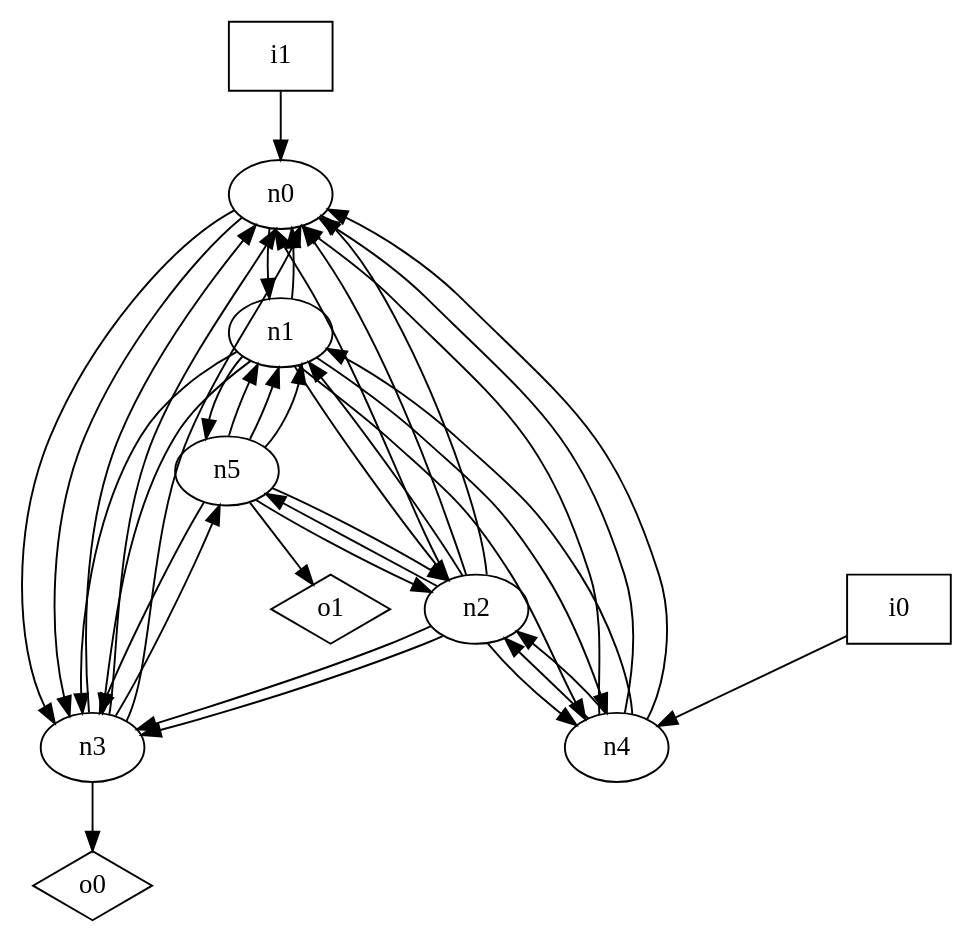
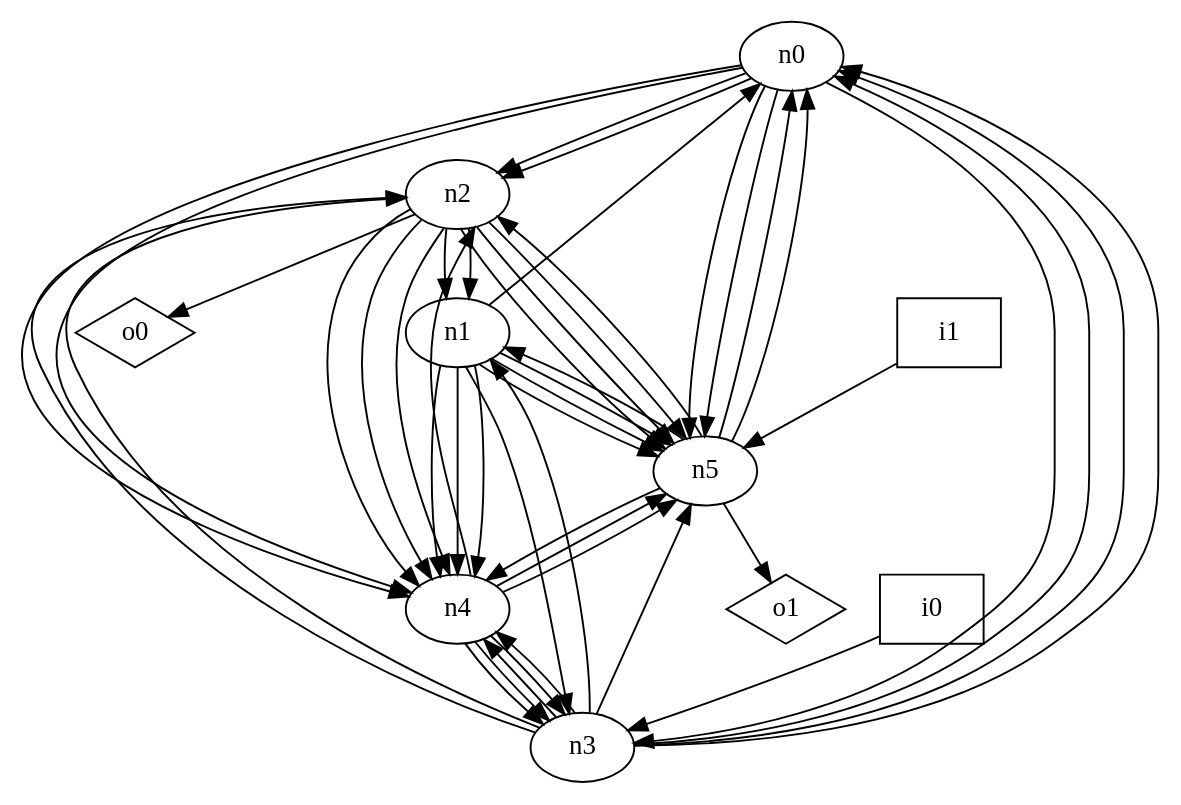
One commit to p9romain/bool-circuits changed the diagram in dot_files/random/random_loop_free_graph.dot. Above: the diagram before and after it, drawn with Graphviz. The commit also changed 31 other files, not shown here.

```diff
--- a/dot_files/random/random_loop_free_graph.dot
+++ b/dot_files/random/random_loop_free_graph.dot
@@ -1,50 +1,59 @@
 digraph G {
 n0 [label="n0"];
 n1 [label="n1"];
 n2 [label="n2"];
 n3 [label="n3"];
 n4 [label="n4"];
 n5 [label="n5"];
 n6 [label="i0",shape="box"];
 n7 [label="i1",shape="box"];
 n8 [label="o0",shape="diamond"];
 n9 [label="o1",shape="diamond"];
-n0 -> n1
+n0 -> n2
+n0 -> n2
 n0 -> n3
-n0 -> n3
+n0 -> n4
+n0 -> n4
+n0 -> n5
+n0 -> n5
 n1 -> n0
-n1 -> n2
-n1 -> n3
 n1 -> n3
 n1 -> n4
 n1 -> n4
+n1 -> n4
 n1 -> n5
-n2 -> n0
-n2 -> n0
-n2 -> n0
+n1 -> n5
+n1 -> n5
 n2 -> n1
-n2 -> n3
-n2 -> n3
+n2 -> n1
+n2 -> n4
+n2 -> n4
 n2 -> n4
 n2 -> n5
+n2 -> n5
+n2 -> n5
+n2 -> n8
 n3 -> n0
 n3 -> n0
 n3 -> n0
+n3 -> n1
+n3 -> n2
+n3 -> n2
+n3 -> n4
+n3 -> n4
 n3 -> n5
-n3 -> n8
-n4 -> n0
-n4 -> n0
-n4 -> n0
-n4 -> n1
 n4 -> n2
-n4 -> n2
-n5 -> n1
-n5 -> n1
+n4 -> n3
+n4 -> n3
+n4 -> n3
+n4 -> n5
+n4 -> n5
+n5 -> n0
+n5 -> n0
 n5 -> n1
 n5 -> n2
-n5 -> n2
-n5 -> n3
+n5 -> n4
 n5 -> n9
-n6 -> n4
-n7 -> n0
+n6 -> n3
+n7 -> n5
 }
```
